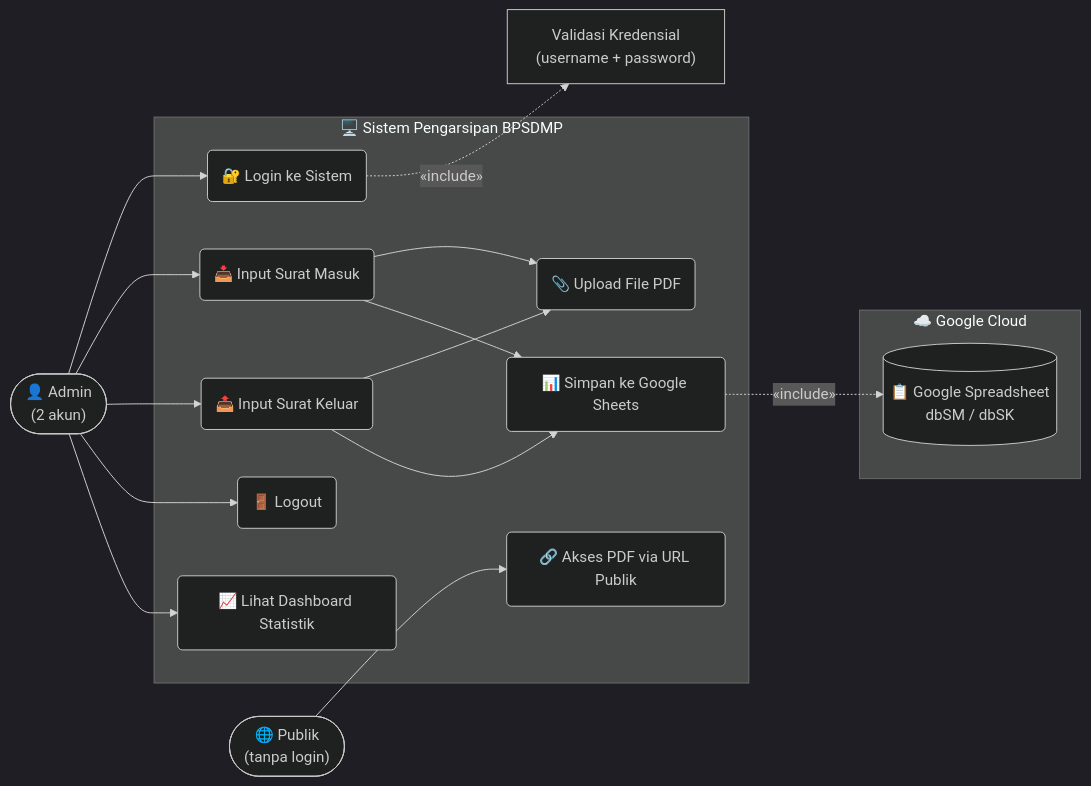
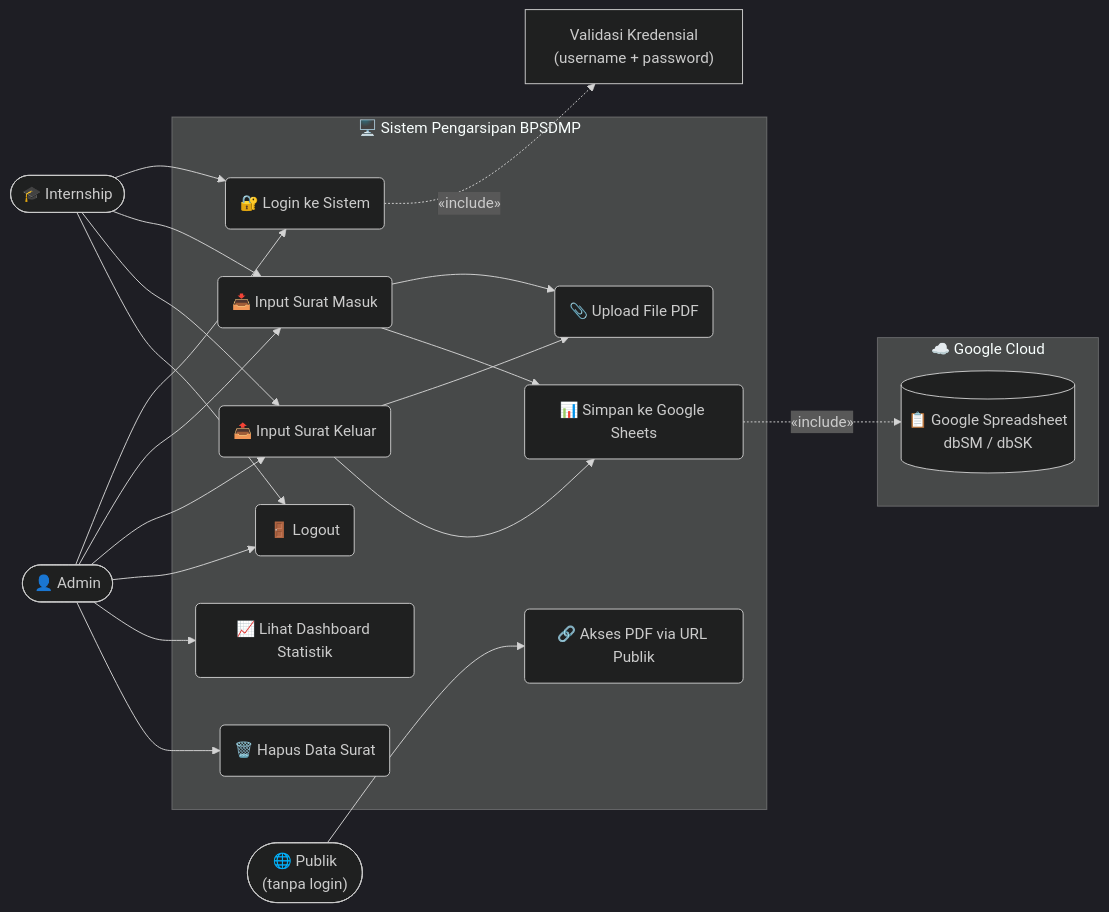
The third of 3 diagrams in README.md (Rpl087/PROJECT-MAGANG), drawn with Mermaid (dark theme) before and after one commit. The commit also changed other lines of this file and 1 other file, not shown here.

````diff
--- a/README.md
+++ b/README.md
@@ -239,35 +278,42 @@
 ```mermaid
 graph LR
-    Admin(["👤 Admin\n(2 akun)"])
+    Admin(["👤 Admin"])
+    Internship(["🎓 Internship"])
     Public(["🌐 Publik\n(tanpa login)"])
 
     subgraph Sistem ["🖥️ Sistem Pengarsipan BPSDMP"]
         UC1("🔐 Login ke Sistem")
         UC2("📥 Input Surat Masuk")
         UC3("📤 Input Surat Keluar")
         UC4("📎 Upload File PDF")
         UC5("📊 Simpan ke Google Sheets")
         UC6("🚪 Logout")
         UC7("📈 Lihat Dashboard Statistik")
         UC8("🔗 Akses PDF via URL Publik")
+        UC9("🗑️ Hapus Data Surat")
 
         UC2 --> UC4
         UC3 --> UC4
         UC2 --> UC5
         UC3 --> UC5
     end
 
     subgraph Google ["☁️ Google Cloud"]
         GS[("📋 Google Spreadsheet\ndbSM / dbSK")]
     end
 
     Admin --> UC1
     Admin --> UC2
     Admin --> UC3
     Admin --> UC6
     Admin --> UC7
+    Admin --> UC9
+    Internship --> UC1
+    Internship --> UC2
+    Internship --> UC3
+    Internship --> UC6
     Public --> UC8
 
     UC1 -.->|"«include»"| VALID["Validasi Kredensial\n(username + password)"]
     UC5 -.->|"«include»"| GS
 ```
````
